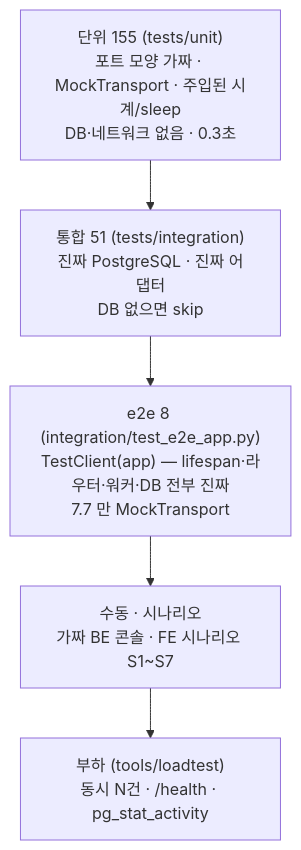
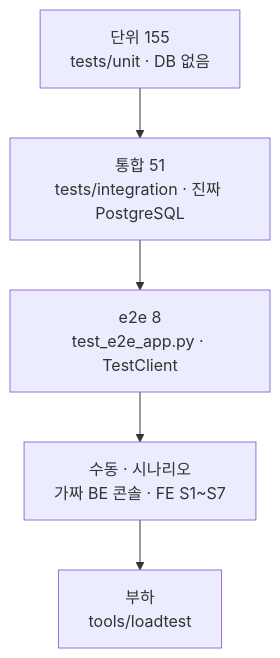
One commit to 100-hours-a-week/KTB4-12th-AI changed the diagram in profiling/docs/학습_가이드/08_테스트.md. Above: the diagram before and after it, drawn with Mermaid. The commit also changed 70 other files, not shown here.

````diff
--- a/profiling/docs/학습_가이드/08_테스트.md
+++ b/profiling/docs/학습_가이드/08_테스트.md
@@ -23,9 +23,9 @@
 ```mermaid
 flowchart TB
-  U["단위 155 (tests/unit)<br/>포트 모양 가짜 · MockTransport · 주입된 시계/sleep<br/>DB·네트워크 없음 · 0.3초"]
-  I["통합 51 (tests/integration)<br/>진짜 PostgreSQL · 진짜 어댑터<br/>DB 없으면 skip"]
-  E["e2e 8 (integration/test_e2e_app.py)<br/>TestClient(app) — lifespan·라우터·워커·DB 전부 진짜<br/>7.7 만 MockTransport"]
-  M["수동 · 시나리오<br/>가짜 BE 콘솔 · FE 시나리오 S1~S7"]
-  L["부하 (tools/loadtest)<br/>동시 N건 · /health · pg_stat_activity"]
+  U["단위 155<br/>tests/unit · DB 없음"]
+  I["통합 51<br/>tests/integration · 진짜 PostgreSQL"]
+  E["e2e 8<br/>test_e2e_app.py · TestClient"]
+  M["수동 · 시나리오<br/>가짜 BE 콘솔 · FE S1~S7"]
+  L["부하<br/>tools/loadtest"]
   U --> I --> E --> M --> L
 ```
````
